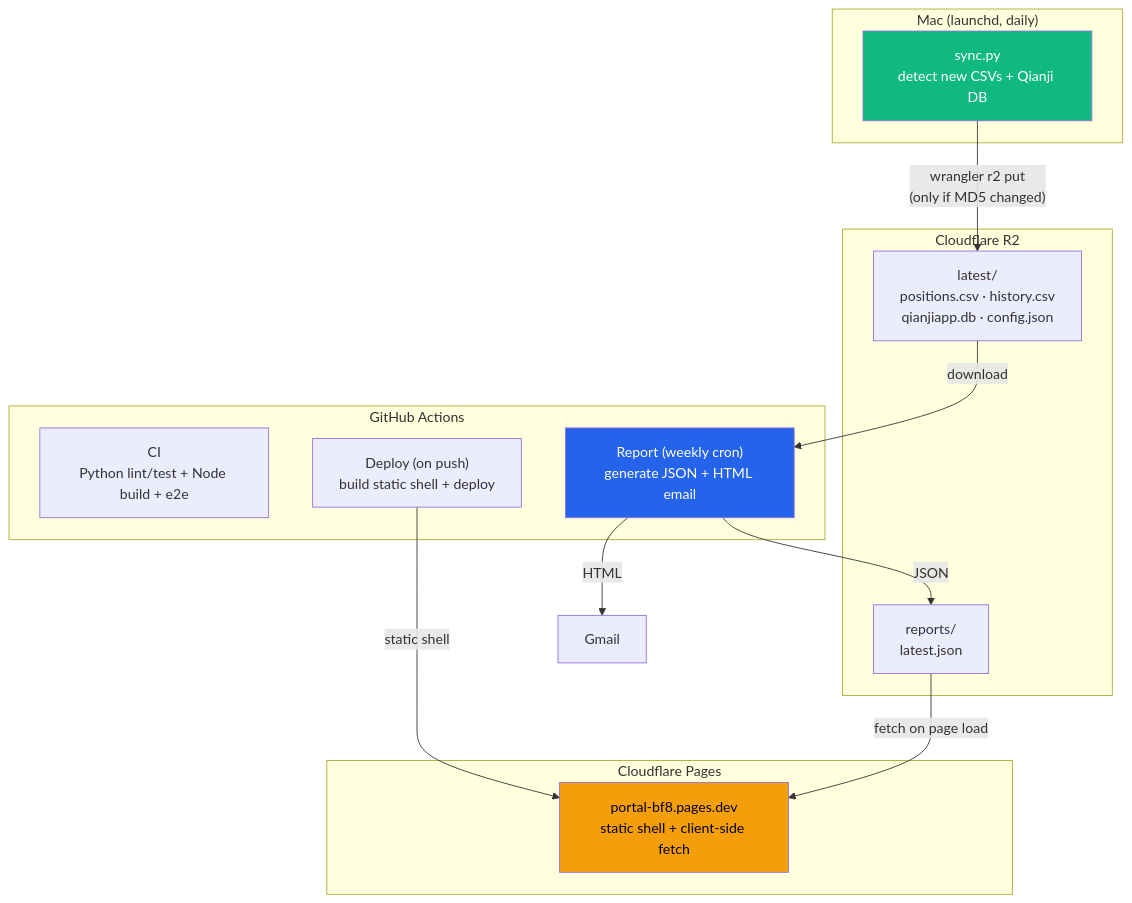
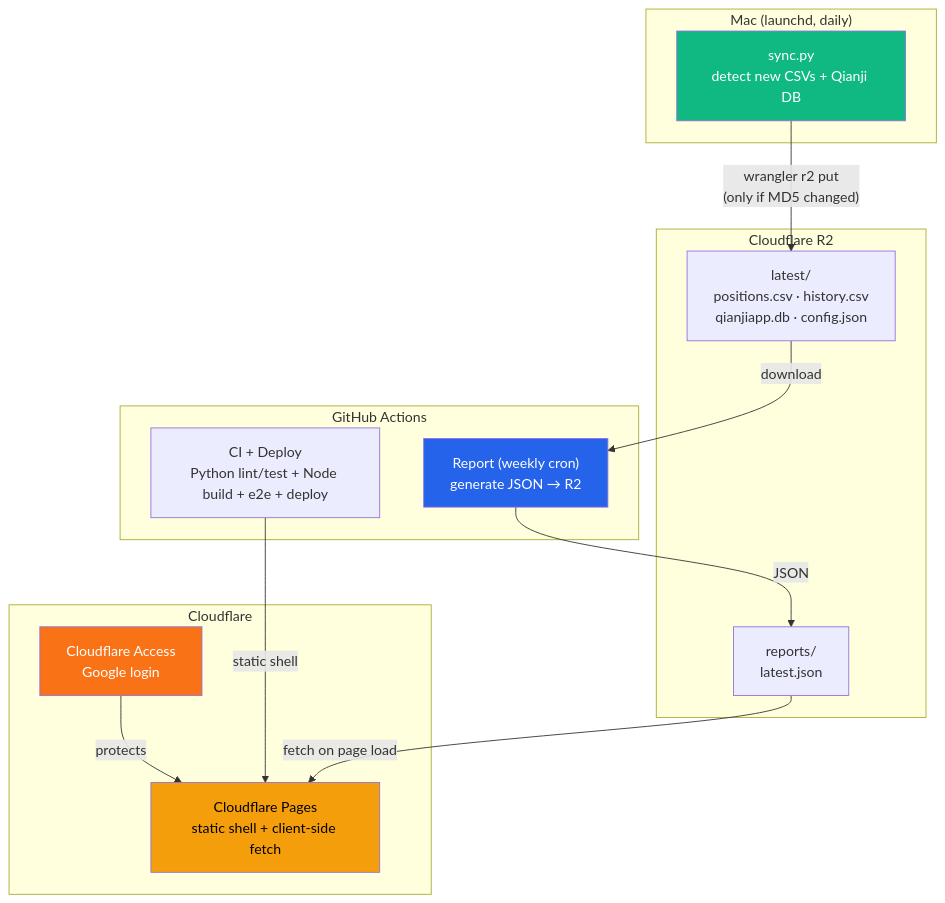
One commit to Guoyuer/portal changed the first of 4 diagrams in README.md. Above: the diagram before and after it, drawn with Mermaid. The commit also changed other lines of this file, not shown here.

````diff
--- a/README.md
+++ b/README.md
@@ -9,32 +9,33 @@
 ```mermaid
 graph TB
     subgraph "Mac (launchd, daily)"
         SYNC["sync.py<br/>detect new CSVs + Qianji DB"]
     end
 
     subgraph "Cloudflare R2"
         RAW["latest/<br/>positions.csv · history.csv<br/>qianjiapp.db · config.json"]
         JSON["reports/<br/>latest.json"]
     end
 
     subgraph "GitHub Actions"
-        CI["CI<br/>Python lint/test + Node build + e2e"]
-        REPORT["Report (weekly cron)<br/>generate JSON + HTML email"]
-        DEPLOY["Deploy (on push)<br/>build static shell + deploy"]
+        CI["CI + Deploy<br/>Python lint/test + Node build + e2e + deploy"]
+        REPORT["Report (weekly cron)<br/>generate JSON → R2"]
     end
 
-    subgraph "Cloudflare Pages"
-        PAGES["portal-bf8.pages.dev<br/>static shell + client-side fetch"]
+    subgraph "Cloudflare"
+        ACCESS["Cloudflare Access<br/>Google login"]
+        PAGES["Cloudflare Pages<br/>static shell + client-side fetch"]
     end
 
     SYNC -->|"wrangler r2 put<br/>(only if MD5 changed)"| RAW
     RAW -->|download| REPORT
     REPORT -->|JSON| JSON
-    REPORT -->|HTML| EMAIL[Gmail]
-    DEPLOY -->|static shell| PAGES
+    CI -->|static shell| PAGES
     JSON -->|"fetch on page load"| PAGES
+    ACCESS -->|protects| PAGES
 
     style SYNC fill:#10b981,color:#fff
     style REPORT fill:#2563eb,color:#fff
     style PAGES fill:#f59e0b,color:#000
+    style ACCESS fill:#f97316,color:#fff
 ```
````
